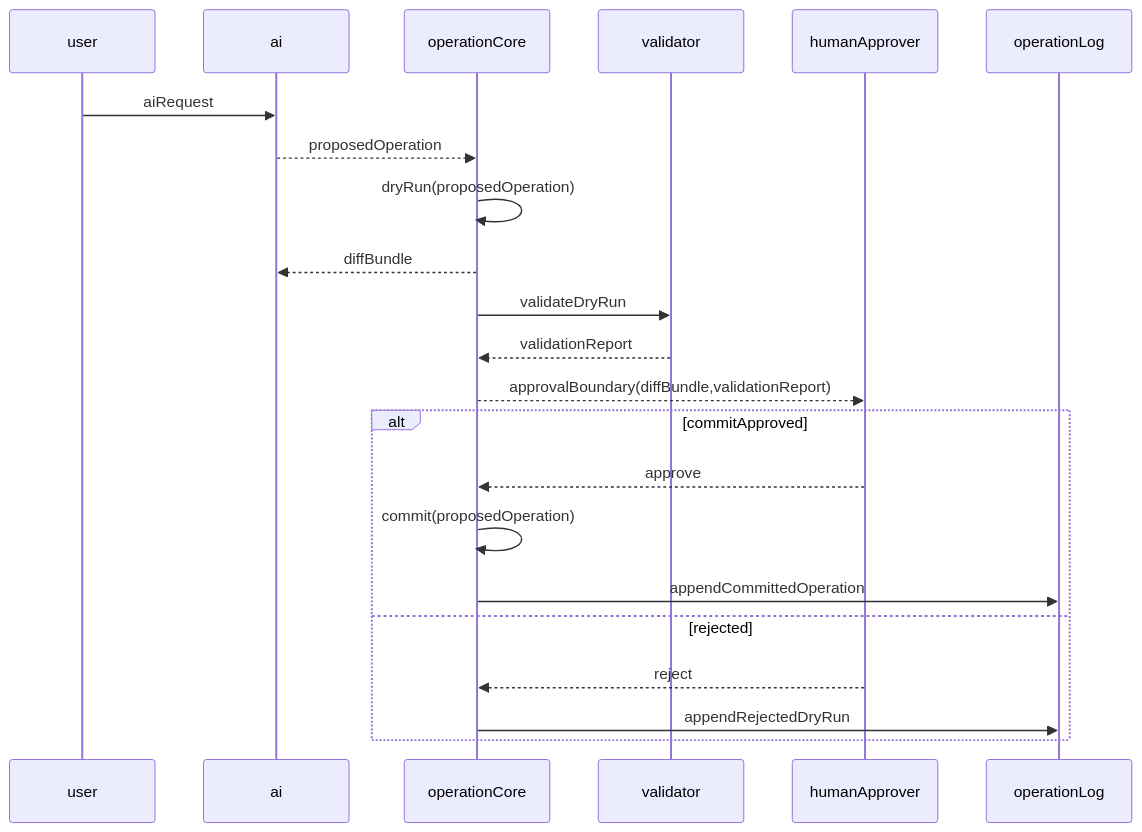
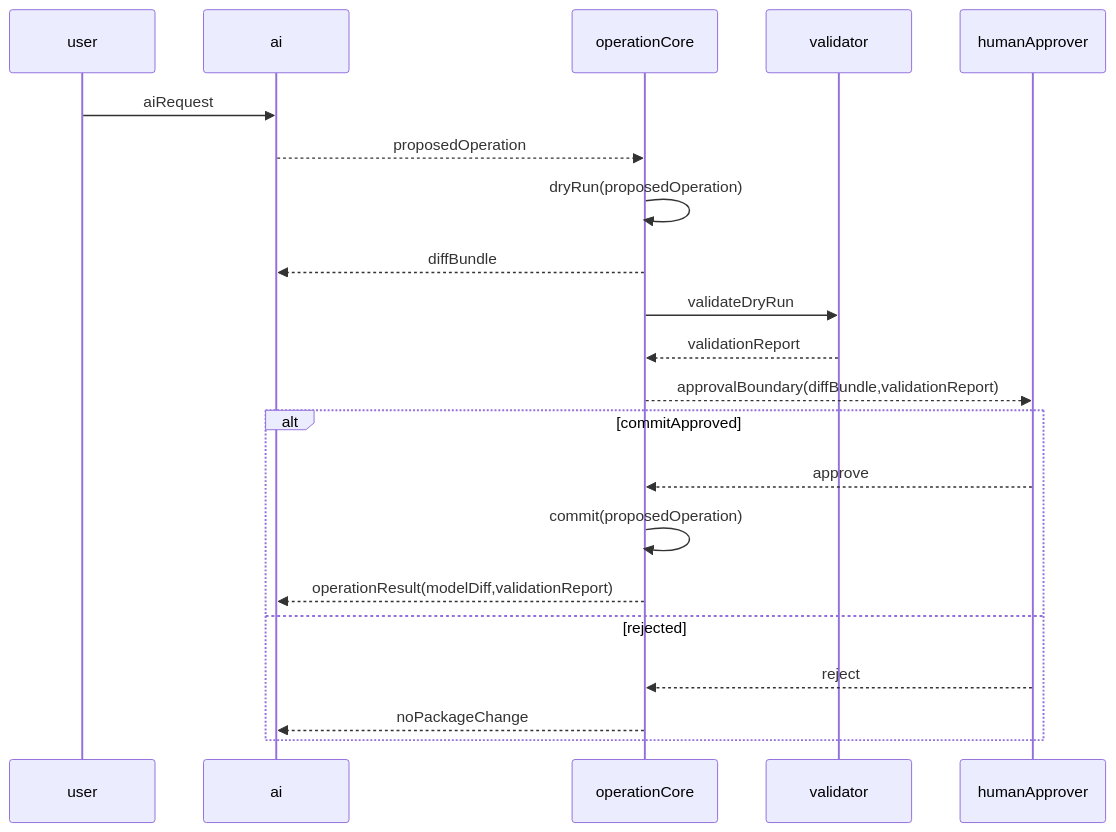
One commit to remie-code/2d-rigging-lab changed the second of 2 diagrams in discussion/development_convention/operation-policy.md. Above: the diagram before and after it, drawn with Mermaid. The commit also changed other lines of this file and 73 other files, not shown here.

First line of the commit message:
docs: retire the operation log from criteria, policies and contracts

````diff
--- a/discussion/development_convention/operation-policy.md
+++ b/discussion/development_convention/operation-policy.md
@@ -283,25 +250,24 @@
 ```mermaid
 sequenceDiagram
   participant User as user
   participant AI as ai
   participant OpCore as operationCore
   participant Validator as validator
   participant Human as humanApprover
-  participant Log as operationLog
 
   User->>AI: aiRequest
   AI-->>OpCore: proposedOperation
   OpCore->>OpCore: dryRun(proposedOperation)
   OpCore-->>AI: diffBundle
   OpCore->>Validator: validateDryRun
   Validator-->>OpCore: validationReport
   OpCore-->>Human: approvalBoundary(diffBundle,validationReport)
   alt commitApproved
     Human-->>OpCore: approve
     OpCore->>OpCore: commit(proposedOperation)
-    OpCore->>Log: appendCommittedOperation
+    OpCore-->>AI: operationResult(modelDiff,validationReport)
   else rejected
     Human-->>OpCore: reject
-    OpCore->>Log: appendRejectedDryRun
+    OpCore-->>AI: noPackageChange
   end
 ```
````
